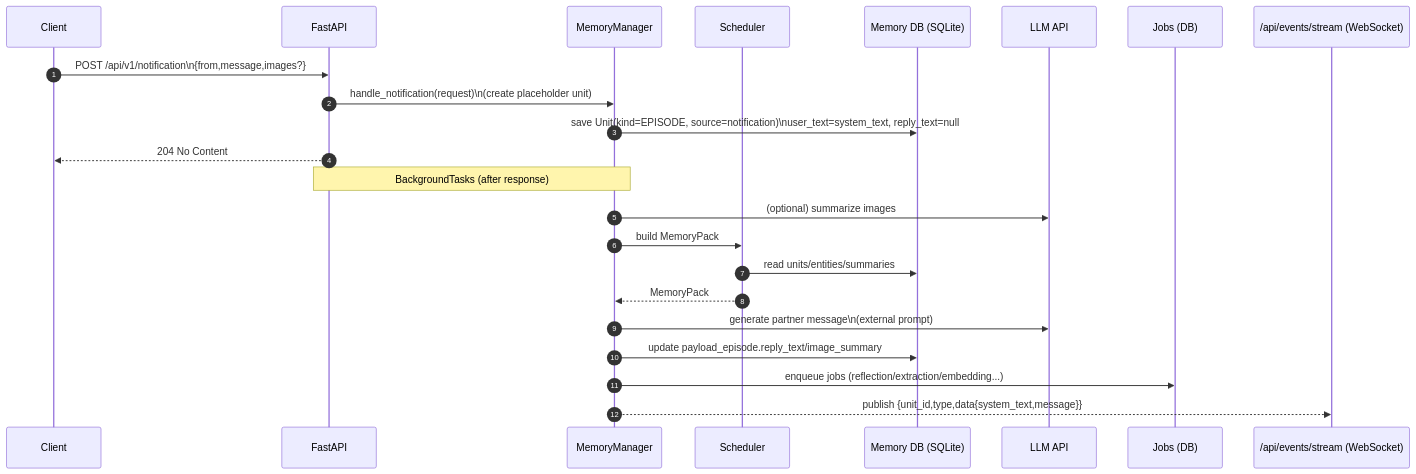
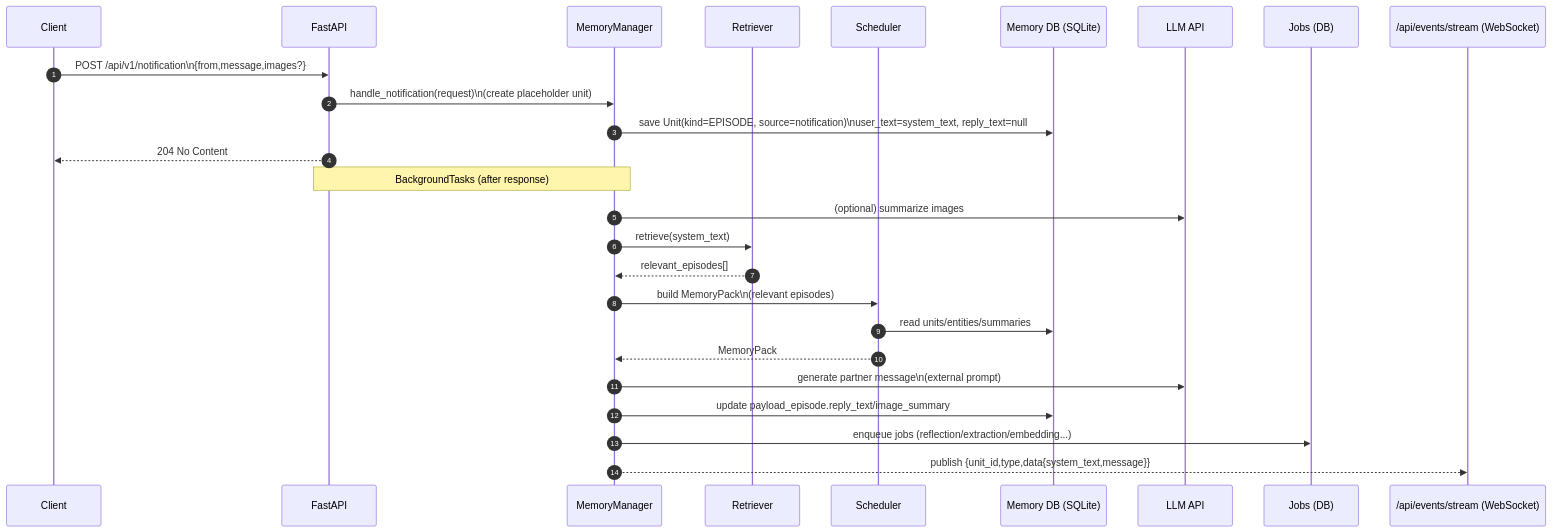
One commit to hirona98/cocoro_ghost changed the fourth of 5 diagrams in docs/architecture.md. Above: the diagram before and after it, drawn with Mermaid. The commit also changed other lines of this file and 5 other files, not shown here.

````diff
--- a/docs/architecture.md
+++ b/docs/architecture.md
@@ -160,26 +175,29 @@
 ```mermaid
 sequenceDiagram
   autonumber
   participant UI as Client
   participant API as FastAPI
   participant MM as MemoryManager
+  participant RET as Retriever
   participant SCH as Scheduler
   participant DB as Memory DB (SQLite)
   participant LLM as LLM API
   participant Q as Jobs (DB)
   participant WS as /api/events/stream (WebSocket)
 
   UI->>API: POST /api/v1/notification\n{from,message,images?}
   API->>MM: handle_notification(request)\n(create placeholder unit)
   MM->>DB: save Unit(kind=EPISODE, source=notification)\nuser_text=system_text, reply_text=null
   API-->>UI: 204 No Content
   Note over API,MM: BackgroundTasks (after response)
   MM->>LLM: (optional) summarize images
-  MM->>SCH: build MemoryPack
+  MM->>RET: retrieve(system_text)
+  RET-->>MM: relevant_episodes[]
+  MM->>SCH: build MemoryPack\n(relevant episodes)
   SCH->>DB: read units/entities/summaries
   SCH-->>MM: MemoryPack
   MM->>LLM: generate partner message\n(external prompt)
   MM->>DB: update payload_episode.reply_text/image_summary
   MM->>Q: enqueue jobs (reflection/extraction/embedding...)
   MM-->>WS: publish {unit_id,type,data{system_text,message}}
 ```
````
